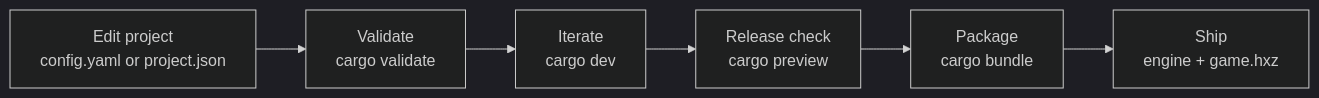
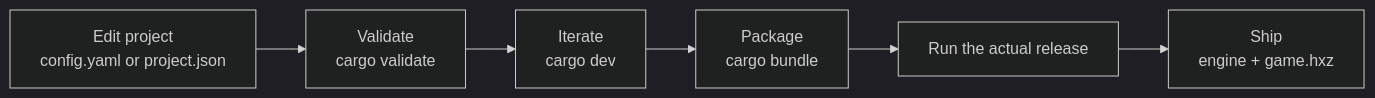
The first of 4 diagrams in README.md (maincoretech/keine), drawn with Mermaid (dark theme) before and after one commit. The commit also changed other lines of this file and 5 other files, not shown here.

````diff
--- a/README.md
+++ b/README.md
@@ -74,8 +73,8 @@
 ```mermaid
 flowchart LR
     A["Edit project<br/>config.yaml or project.json"] --> B["Validate<br/>cargo validate"]
     B --> C["Iterate<br/>cargo dev"]
-    C --> D["Release check<br/>cargo preview"]
-    D --> E["Package<br/>cargo bundle"]
+    C --> D["Package<br/>cargo bundle"]
+    D --> E["Run the actual release"]
     E --> F["Ship<br/>engine + game.hxz"]
 ```
````
